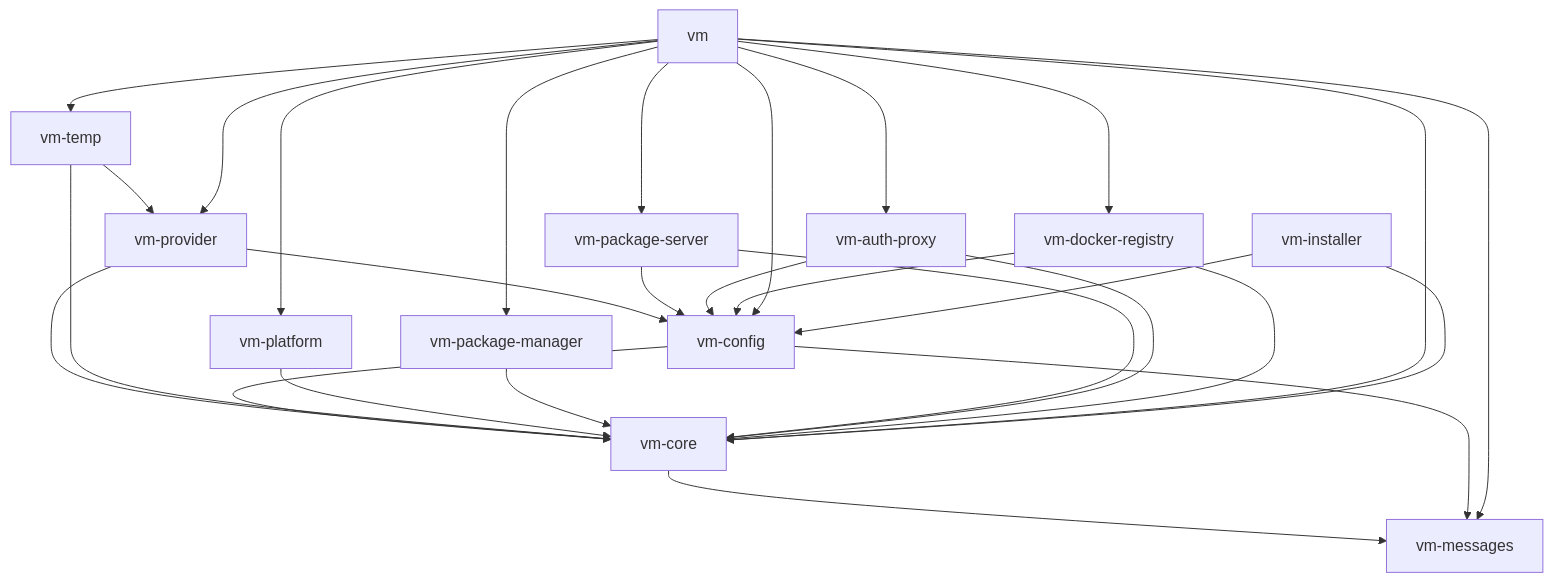
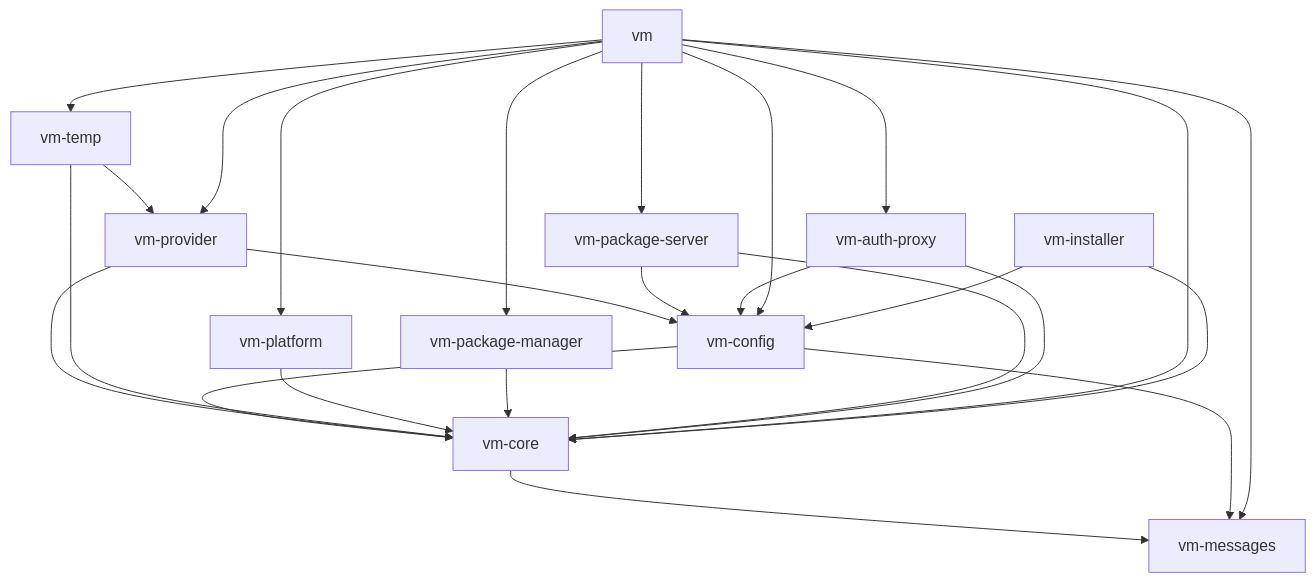
One commit to goobits/vm changed the diagram in rust/ARCHITECTURE.md. Above: the diagram before and after it, drawn with Mermaid. The commit also changed other lines of this file and 34 other files, not shown here.

````diff
--- a/rust/ARCHITECTURE.md
+++ b/rust/ARCHITECTURE.md
@@ -198,43 +186,39 @@
 ```mermaid
 graph TD
     %% Foundation layer
     A[vm-core] --> B[vm-messages]
 
     %% Configuration layer
     C[vm-config] --> A
     C --> B
 
     %% Provider layer
     D[vm-provider] --> A
     D --> C
     E[vm-temp] --> A
     E --> D
 
     %% Utility layer
     F[vm-platform] --> A
     G[vm-package-manager] --> A
 
     %% Service layer
     H[vm-package-server] --> A
     H --> C
     I[vm-auth-proxy] --> A
     I --> C
-    J[vm-docker-registry] --> A
-    J --> C
-
     %% Application layer
     L[vm] --> A
     L --> B
     L --> C
     L --> D
     L --> E
     L --> F
     L --> G
     L --> H
     L --> I
-    L --> J
 
     %% Installer
     M[vm-installer] --> A
     M --> C
 ```
````
